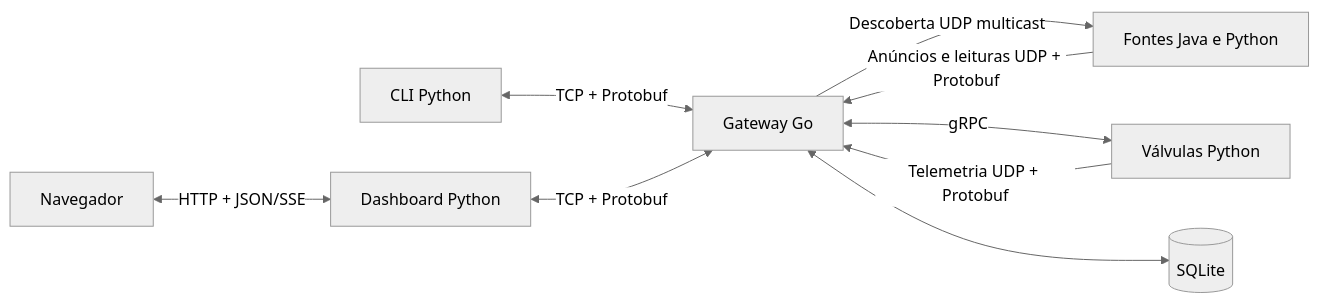
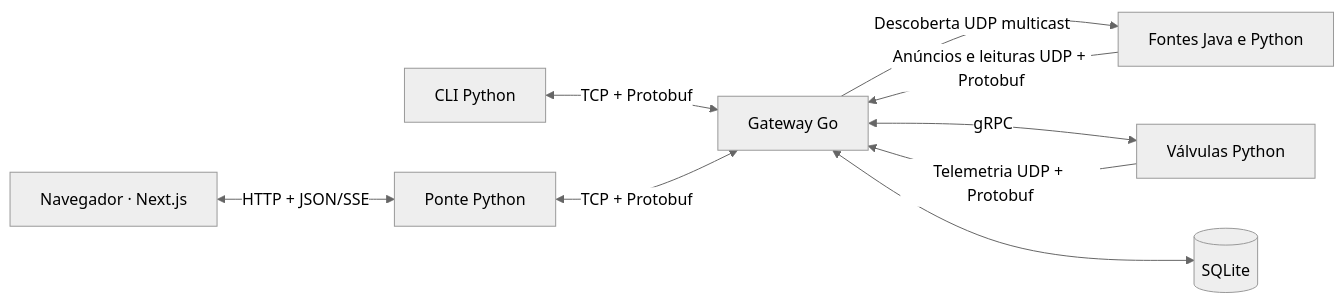
Before and after one commit to wilson-castro/agromesh: the diagram in docs/arquitetura.md, drawn with Mermaid (neutral theme). The commit also changed other lines of this file and 2 other files, not shown here.

First line of the commit message:
Documenta a interface Next.js e adiciona tarefas web

````diff
--- a/docs/arquitetura.md
+++ b/docs/arquitetura.md
@@ -20,11 +21,11 @@
 ```mermaid
 flowchart LR
     C[CLI Python] <-->|TCP + Protobuf| G[Gateway Go]
-    B[Navegador] <-->|HTTP + JSON/SSE| D[Dashboard Python]
+    B[Navegador · Next.js] <-->|HTTP + JSON/SSE| D[Ponte Python]
     D <-->|TCP + Protobuf| G
     G -->|Descoberta UDP multicast| S[Fontes Java e Python]
     S -->|Anúncios e leituras UDP + Protobuf| G
     G <-->|gRPC| V[Válvulas Python]
     V -->|Telemetria UDP + Protobuf| G
     G <--> DB[(SQLite)]
 ```
````
